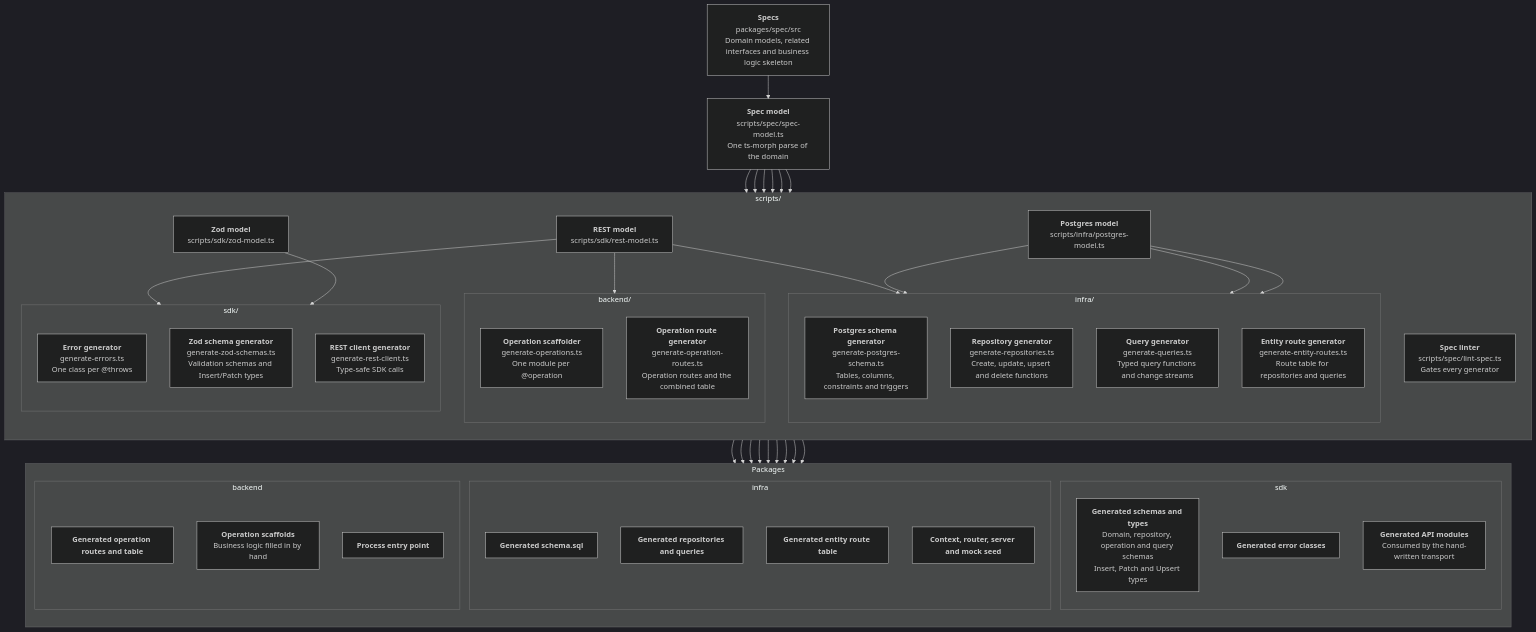
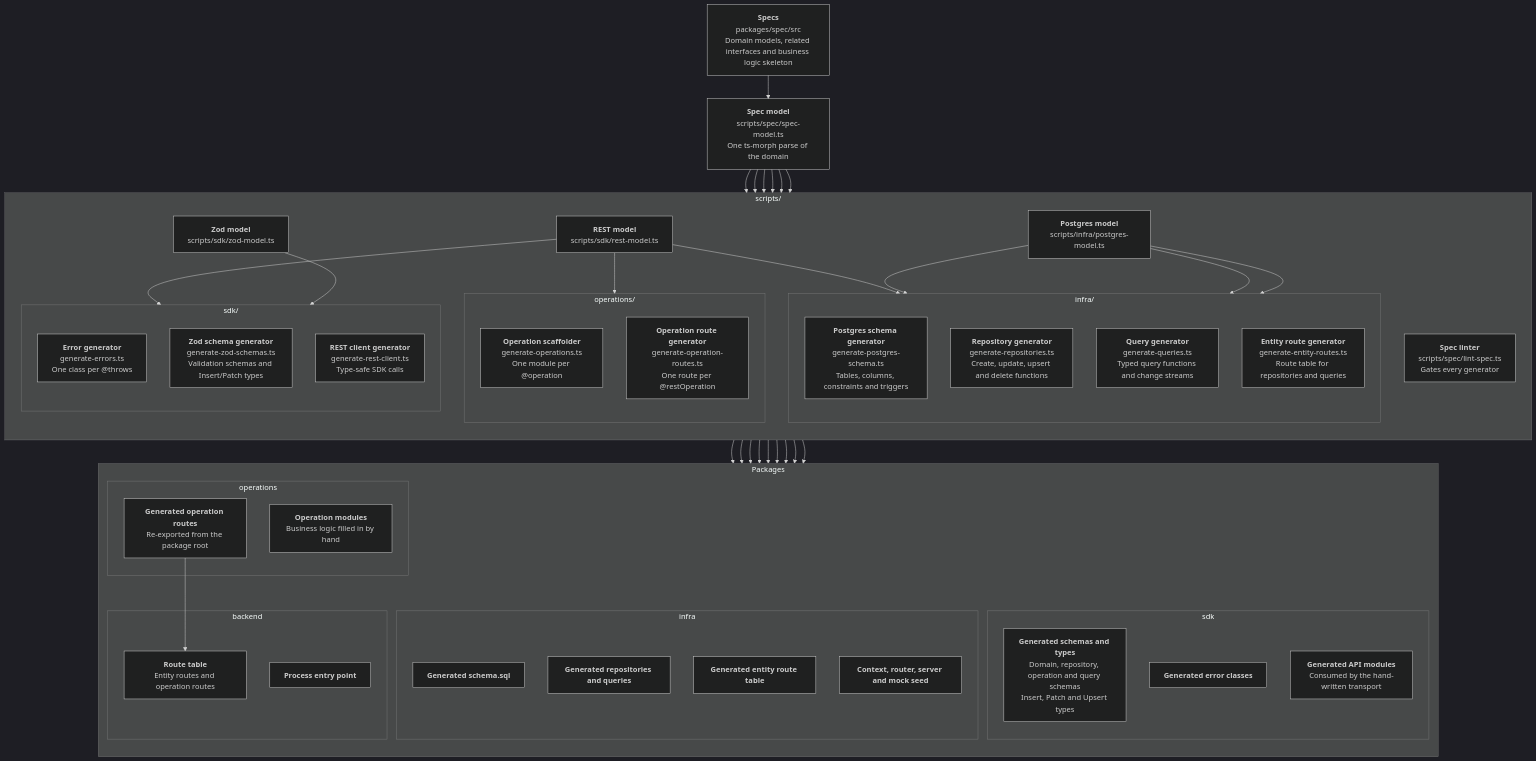
Before and after one commit to Ciantic/experiment-with-ts-spec: the first of 2 diagrams in README.md, drawn with Mermaid (dark theme). The commit also changed other lines of this file and 29 other files, not shown here.

Commit message:
Refactor: Split to operations package (2)

````diff
--- a/README.md
+++ b/README.md
@@ -41,10 +41,10 @@
             entityRoutes["<b>Entity route generator</b><br/>generate-entity-routes.ts<br/>Route table for repositories and queries"]
         end
 
-        subgraph backendScripts["backend/"]
+        subgraph operationsScripts["operations/"]
             direction TB
             operations["<b>Operation scaffolder</b><br/>generate-operations.ts<br/>One module per @operation"]
-            operationRoutes["<b>Operation route generator</b><br/>generate-operation-routes.ts<br/>Operation routes and the combined table"]
+            operationRoutes["<b>Operation route generator</b><br/>generate-operation-routes.ts<br/>One route per @restOperation"]
         end
 
         subgraph sdkScripts["sdk/"]
@@ -68,9 +68,12 @@
             infraRoutes["<b>Generated entity route table</b>"]
             infraRuntime["<b>Context, router, server and mock seed</b>"]
         end
+        subgraph operationsPkg["operations"]
+            operationModules["<b>Operation modules</b><br/>Business logic filled in by hand"]
+            operationRouteModules["<b>Generated operation routes</b><br/>Re-exported from the package root"]
+        end
         subgraph backendPkg["backend"]
-            backendRoutes["<b>Generated operation routes and table</b>"]
-            backendOperations["<b>Operation scaffolds</b><br/>Business logic filled in by hand"]
+            backendRoutes["<b>Route table</b><br/>Entity routes and operation routes"]
             backendMain["<b>Process entry point</b>"]
         end
     end
@@ -95,6 +98,7 @@
     repositories --> infraData
     queries --> infraData
     entityRoutes --> infraRoutes
-    operationRoutes --> backendRoutes
-    operations --> backendOperations
+    operationRoutes --> operationRouteModules
+    operationRouteModules --> backendRoutes
+    operations --> operationModules
 ```
````
